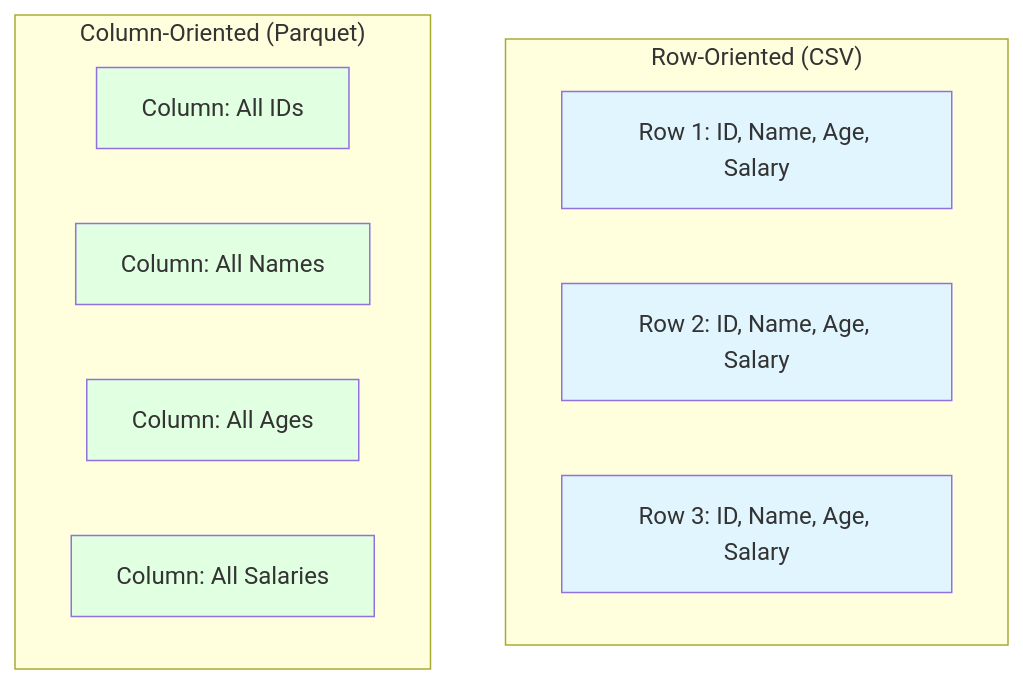
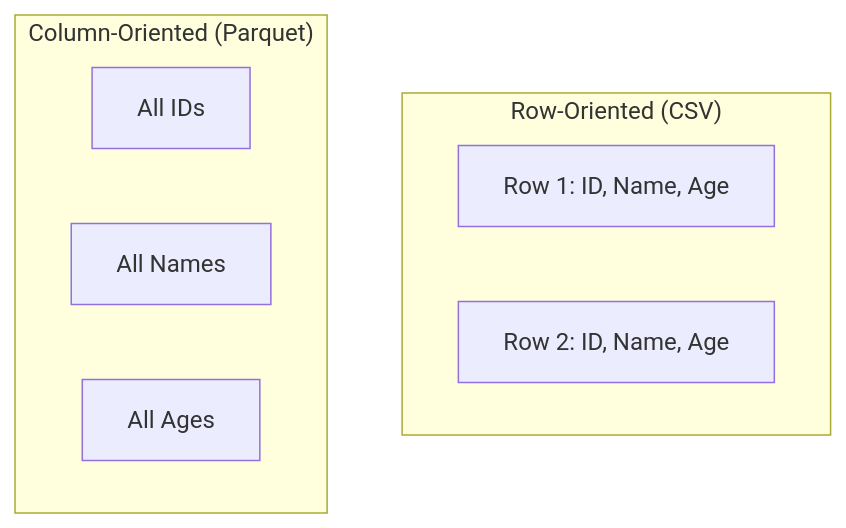
One commit to LCKYN/LCKYN-KnowledgeBase changed the first of 4 diagrams in 40-49 Data_Management/41_Data_Engineering/41.01 Parquet File Format.md. Above: the diagram before and after it, drawn with Mermaid. The commit also changed other lines of this file and 17 other files, not shown here.

````diff
--- a/40-49 Data_Management/41_Data_Engineering/41.01 Parquet File Format.md
+++ b/40-49 Data_Management/41_Data_Engineering/41.01 Parquet File Format.md
@@ -19,23 +23,13 @@
 ```mermaid
 graph TB
     subgraph "Row-Oriented (CSV)"
-        R1[Row 1: ID, Name, Age, Salary]
-        R2[Row 2: ID, Name, Age, Salary]
-        R3[Row 3: ID, Name, Age, Salary]
+        R1[Row 1: ID, Name, Age]
+        R2[Row 2: ID, Name, Age]
     end
 
     subgraph "Column-Oriented (Parquet)"
-        C1[Column: All IDs]
-        C2[Column: All Names]
-        C3[Column: All Ages]
-        C4[Column: All Salaries]
+        C1[All IDs]
+        C2[All Names]
+        C3[All Ages]
     end
-
-    style C1 fill:#e1ffe1
-    style C2 fill:#e1ffe1
-    style C3 fill:#e1ffe1
-    style C4 fill:#e1ffe1
-    style R1 fill:#e1f5ff
-    style R2 fill:#e1f5ff
-    style R3 fill:#e1f5ff
 ```
````
